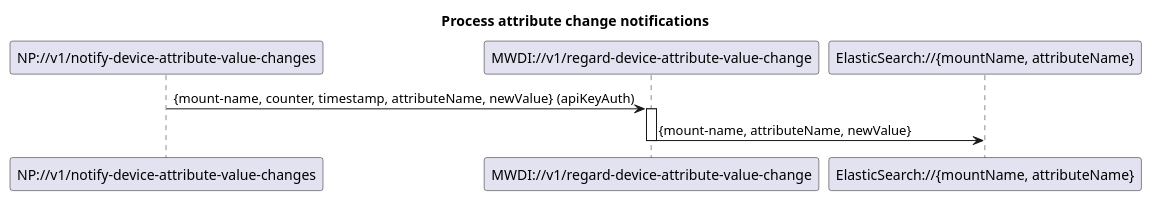
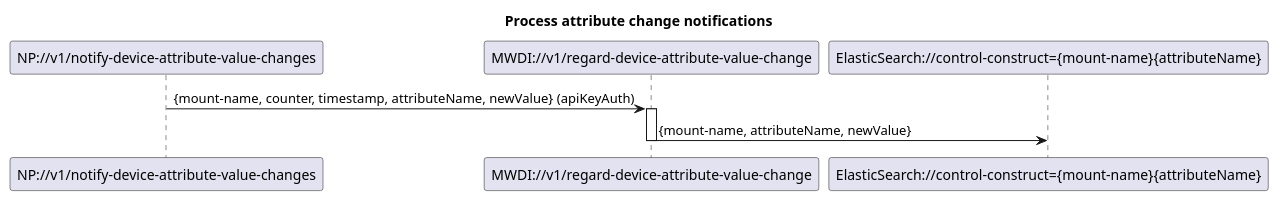
The diagram in spec/diagrams/023_NotificationBasedAttributeUpdate.plantuml (openBackhaul/MicroWaveDeviceInventory), drawn with PlantUML before and after one commit. The commit also changed 4 other files, not shown here.

Commit message:
updated notification diagrams

```diff
--- a/spec/diagrams/023_NotificationBasedAttributeUpdate.plantuml
+++ b/spec/diagrams/023_NotificationBasedAttributeUpdate.plantuml
@@ -1,16 +1,16 @@
 @startuml 023_NotificationBasedAttributeUpdate
 skinparam responseMessageBelowArrow true
 
 title Process attribute change notifications
 
 participant "NP://v1/notify-device-attribute-value-changes" as subscription
 participant "MWDI://v1/regard-device-attribute-value-change" as regardAttributeChange
-participant "ElasticSearch://{mountName, attributeName}" as es
+participant "ElasticSearch://control-construct={mount-name}{attributeName}" as es
 
 subscription -> regardAttributeChange: {mount-name, counter, timestamp, attributeName, newValue} (apiKeyAuth)
 activate regardAttributeChange
 
 regardAttributeChange -> es: {mount-name, attributeName, newValue}
 deactivate regardAttributeChange
 
 @enduml
```
